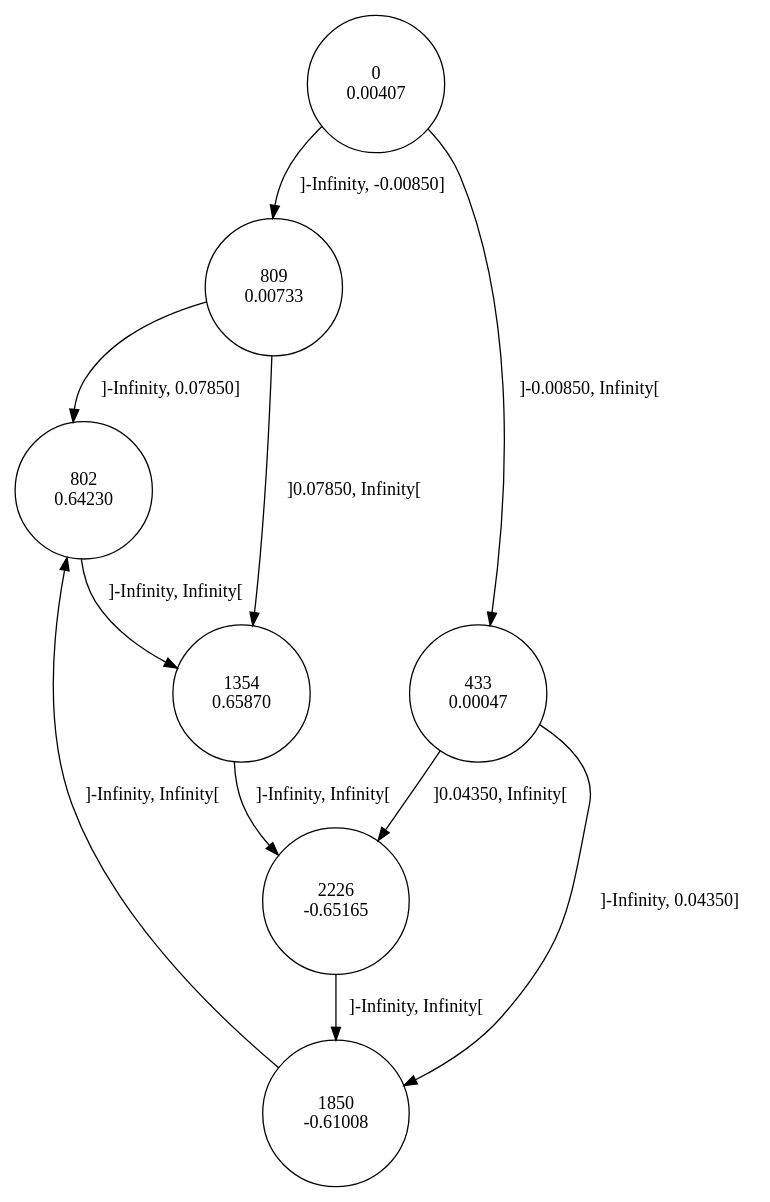
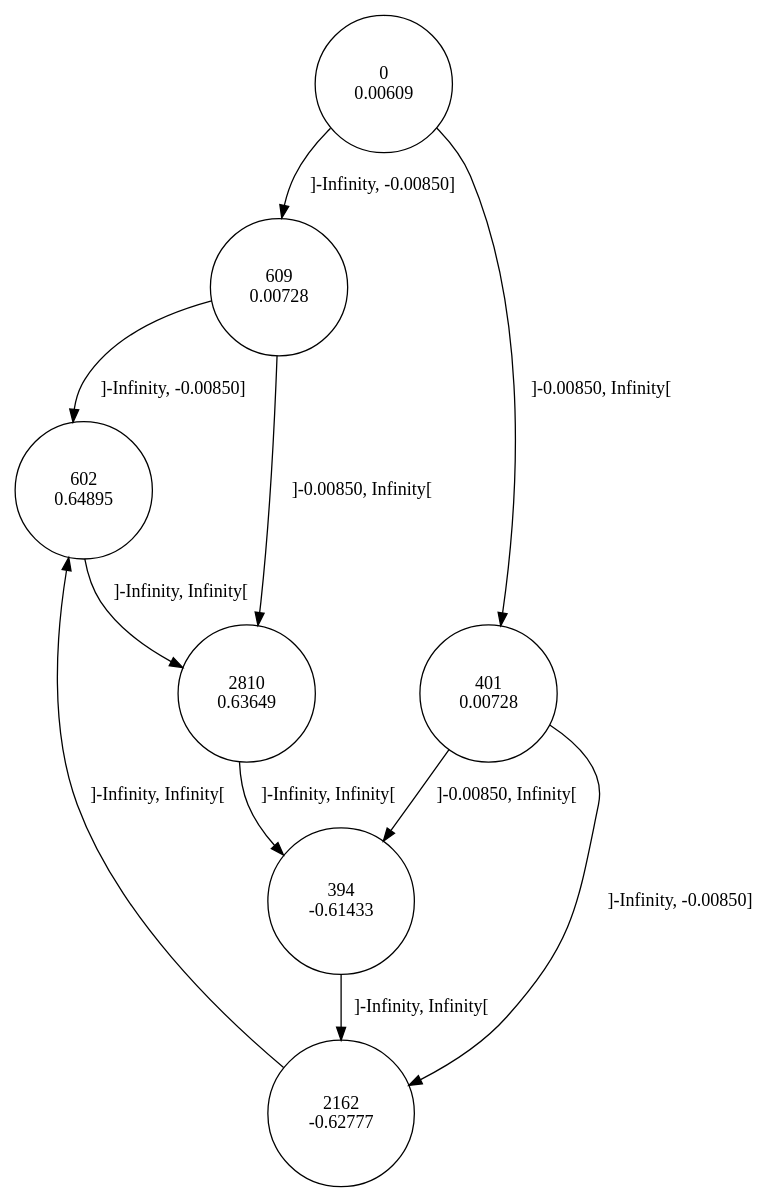
Before and after one commit to gllpellegrino/RAI_experiments: the diagram in sinus/data/2/rai.dot, drawn with Graphviz. The commit also changed 98 other files, not shown here.

```diff
--- a/sinus/data/2/rai.dot
+++ b/sinus/data/2/rai.dot
@@ -1,19 +1,19 @@
 digraph DFA {
-0 [shape=circle, label="0\n0.00407"];
-	0 -> 809 [label="]-Infinity, -0.00850]"];
-	0 -> 433 [label="]-0.00850, Infinity["];
-433 [shape=circle, label="433\n0.00047"];
-	433 -> 1850 [label="]-Infinity, 0.04350]"];
-	433 -> 2226 [label="]0.04350, Infinity["];
-2226 [shape=circle, label="2226\n-0.65165"];
-	2226 -> 1850 [label="]-Infinity, Infinity["];
-1850 [shape=circle, label="1850\n-0.61008"];
-	1850 -> 802 [label="]-Infinity, Infinity["];
-802 [shape=circle, label="802\n0.64230"];
-	802 -> 1354 [label="]-Infinity, Infinity["];
-1354 [shape=circle, label="1354\n0.65870"];
-	1354 -> 2226 [label="]-Infinity, Infinity["];
-809 [shape=circle, label="809\n0.00733"];
-	809 -> 802 [label="]-Infinity, 0.07850]"];
-	809 -> 1354 [label="]0.07850, Infinity["];
+0 [shape=circle, label="0\n0.00609"];
+	0 -> 609 [label="]-Infinity, -0.00850]"];
+	0 -> 401 [label="]-0.00850, Infinity["];
+401 [shape=circle, label="401\n0.00728"];
+	401 -> 2162 [label="]-Infinity, -0.00850]"];
+	401 -> 394 [label="]-0.00850, Infinity["];
+394 [shape=circle, label="394\n-0.61433"];
+	394 -> 2162 [label="]-Infinity, Infinity["];
+2162 [shape=circle, label="2162\n-0.62777"];
+	2162 -> 602 [label="]-Infinity, Infinity["];
+602 [shape=circle, label="602\n0.64895"];
+	602 -> 2810 [label="]-Infinity, Infinity["];
+2810 [shape=circle, label="2810\n0.63649"];
+	2810 -> 394 [label="]-Infinity, Infinity["];
+609 [shape=circle, label="609\n0.00728"];
+	609 -> 602 [label="]-Infinity, -0.00850]"];
+	609 -> 2810 [label="]-0.00850, Infinity["];
 }
```
